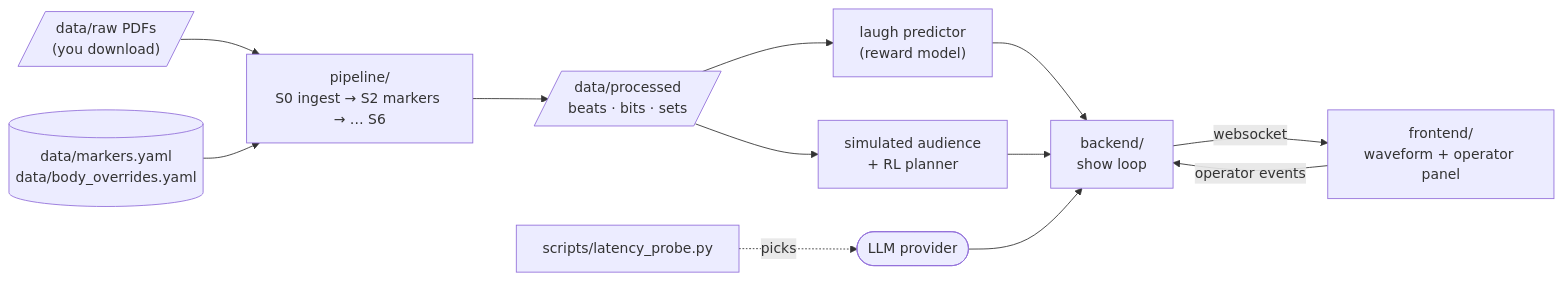
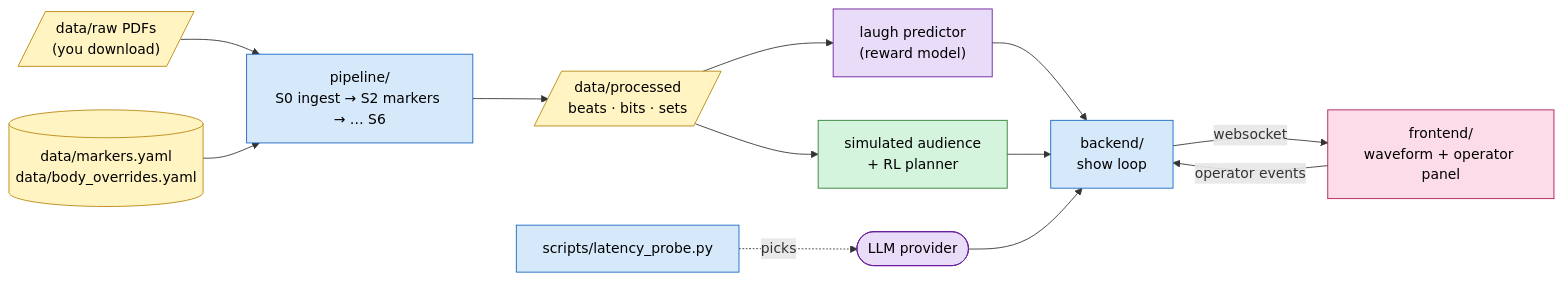
Before and after one commit to Panreta/humor-me: the diagram in README.md, drawn with Mermaid. The commit also changed 4 other files, not shown here.

First line of the commit message:
Colour every diagram by component type, not just the study guide's

````diff
--- a/README.md
+++ b/README.md
@@ -30,15 +30,26 @@
 ```mermaid
 %%{init: {"theme": "default"}}%%
 flowchart LR
     RAW[/"data/raw PDFs<br/>(you download)"/] --> PIPE["pipeline/<br/>S0 ingest → S2 markers → … S6"]
     CFG[("data/markers.yaml<br/>data/body_overrides.yaml")] --> PIPE
     PIPE --> PROC[/"data/processed<br/>beats · bits · sets"/]
     PROC --> RM["laugh predictor<br/>(reward model)"]
     PROC --> SIM["simulated audience<br/>+ RL planner"]
     RM --> BE["backend/<br/>show loop"]
     SIM --> BE
     BE -->|websocket| FE["frontend/<br/>waveform + operator panel"]
     FE -->|operator events| BE
     LLM(["LLM provider"]) --> BE
     PROBE["scripts/latency_probe.py"] -. picks .-> LLM
+
+    classDef data fill:#fff4c2,stroke:#b8860b,color:#000
+    classDef infra fill:#d6e9fb,stroke:#1565c0,color:#000
+    classDef model fill:#e8dcf8,stroke:#6a1b9a,color:#000
+    classDef rl fill:#d4f4dd,stroke:#2e7d32,color:#000
+    classDef ui fill:#fbdce8,stroke:#ad1457,color:#000
+    class RAW,CFG,PROC data
+    class PIPE,BE,PROBE infra
+    class RM,LLM model
+    class SIM rl
+    class FE ui
 ```
````
